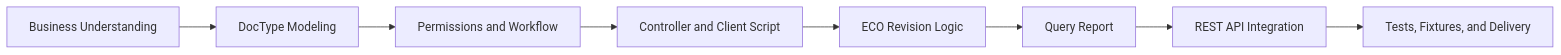
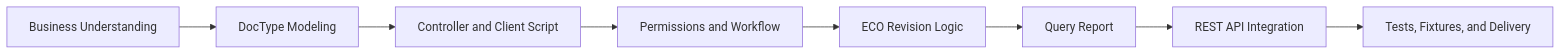
Before and after one commit to aoezhb/frappe-pdm-tutorial: the diagram in docs/en/README.md, drawn with Mermaid. The commit also changed other lines of this file and 9 other files, not shown here.

````diff
--- a/docs/en/README.md
+++ b/docs/en/README.md
@@ -74,10 +74,10 @@
 ```mermaid
 flowchart LR
     A["Business Understanding"] --> B["DocType Modeling"]
-    B --> C["Permissions and Workflow"]
-    C --> D["Controller and Client Script"]
-    D --> E["ECO Revision Logic"]
+    B --> D["Controller and Client Script"]
+    D --> C["Permissions and Workflow"]
+    C --> E["ECO Revision Logic"]
     E --> F["Query Report"]
     F --> G["REST API Integration"]
     G --> H["Tests, Fixtures, and Delivery"]
 ```
````
